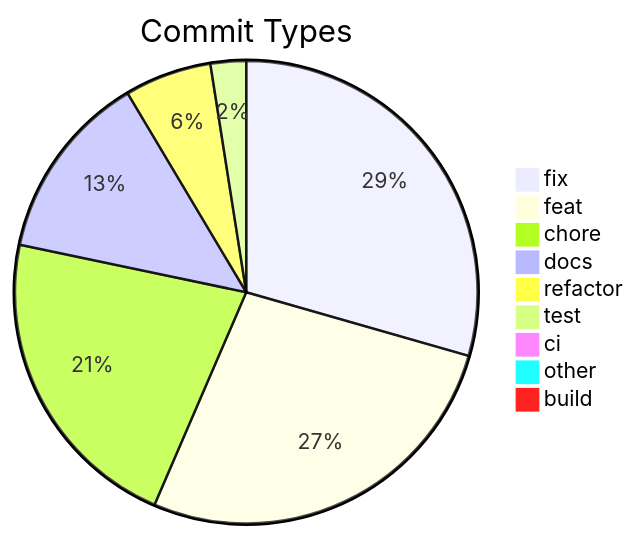
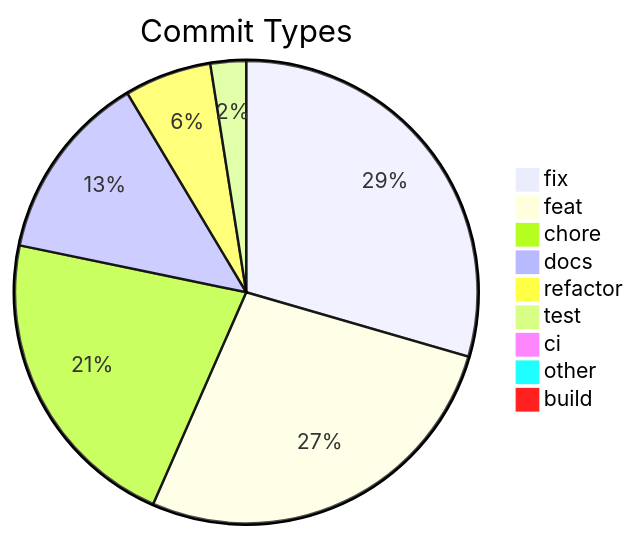
Before and after one commit to svenroth-ai/shipwright: the diagram in .shipwright/compliance/change-history.md, drawn with Mermaid. The commit also changed other lines of this file and 22 other files, not shown here.

````diff
--- a/.shipwright/compliance/change-history.md
+++ b/.shipwright/compliance/change-history.md
@@ -8,12 +8,12 @@
 ```mermaid
 pie title Commit Types
     "fix" : 320
     "feat" : 294
-    "chore" : 237
+    "chore" : 235
     "docs" : 143
     "refactor" : 66
     "test" : 27
     "ci" : 11
     "other" : 7
     "build" : 1
 ```
````
